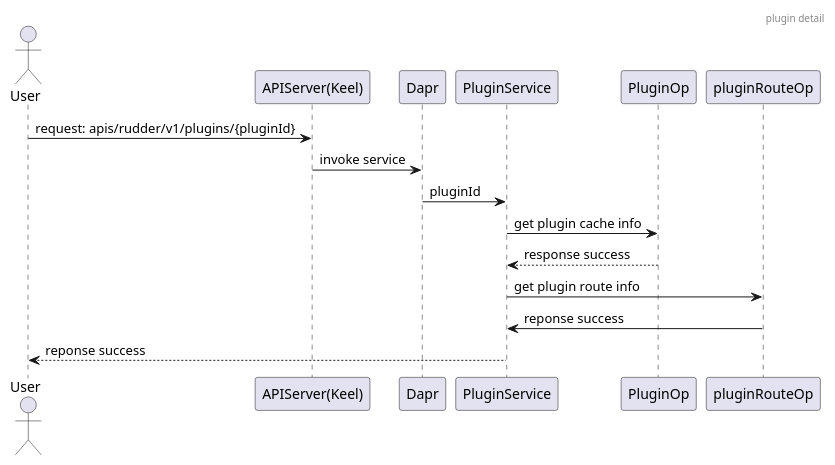
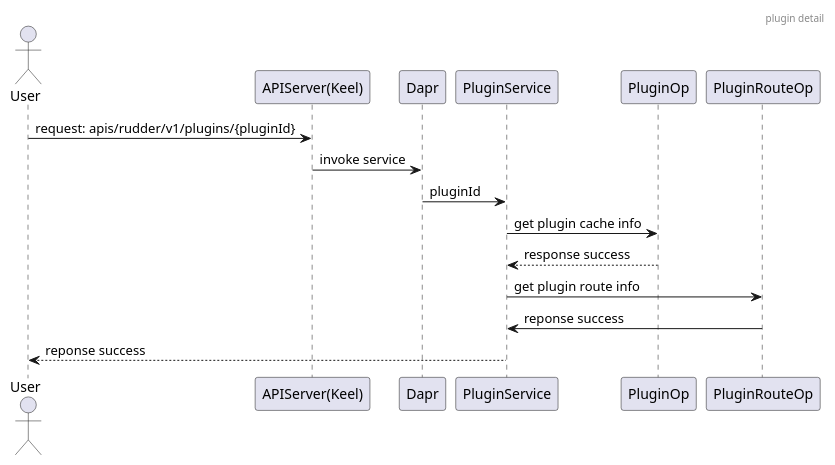
Before and after one commit to tkeel-io/docs: diagram 15 of 25 in docs/api/appendix/plantuml/rudder_revise.md, drawn with PlantUML. The commit also changed other lines of this file, not shown here.

````diff
--- a/docs/api/appendix/plantuml/rudder_revise.md
+++ b/docs/api/appendix/plantuml/rudder_revise.md
@@ -324,19 +349,21 @@
 ```plantuml
+@startuml
 header plugin detail
 
 actor User
 participant "APIServer(Keel)"  as Keel
 participant Dapr
 participant PluginService
 participant PluginOp
-participant pluginRouteOp
+participant PluginRouteOp
 
 User->Keel:request: apis/rudder/v1/plugins/{pluginId}
 Keel->Dapr:invoke service
 Dapr->PluginService:pluginId
 PluginService->PluginOp:get plugin cache info
 PluginOp-->PluginService:response success
-PluginService->pluginRouteOp:get plugin route info
-pluginRouteOp->PluginService:reponse success
+PluginService->PluginRouteOp:get plugin route info
+PluginRouteOp->PluginService:reponse success
 PluginService-->User:reponse success
+@enduml
 ```
````
